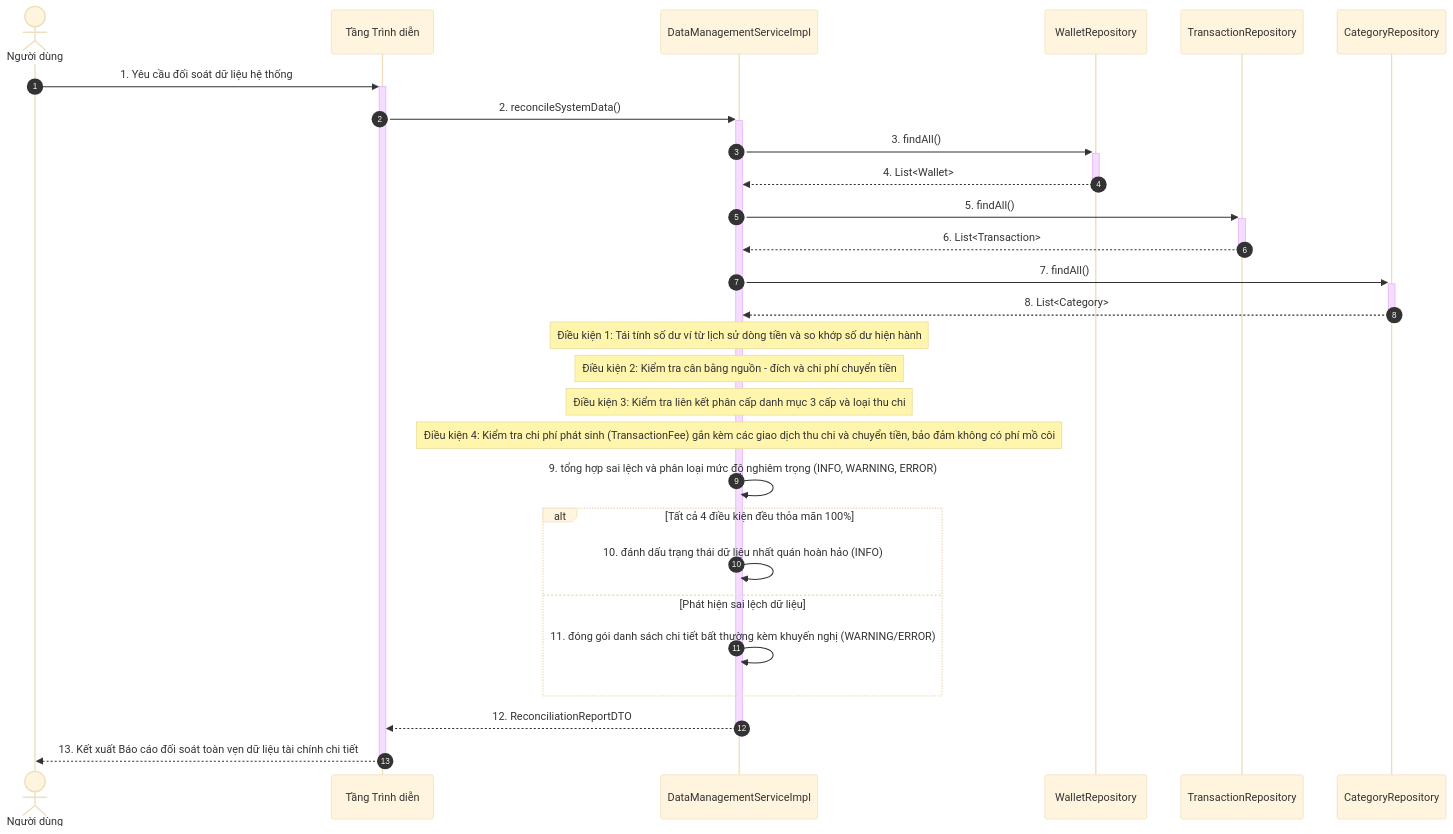
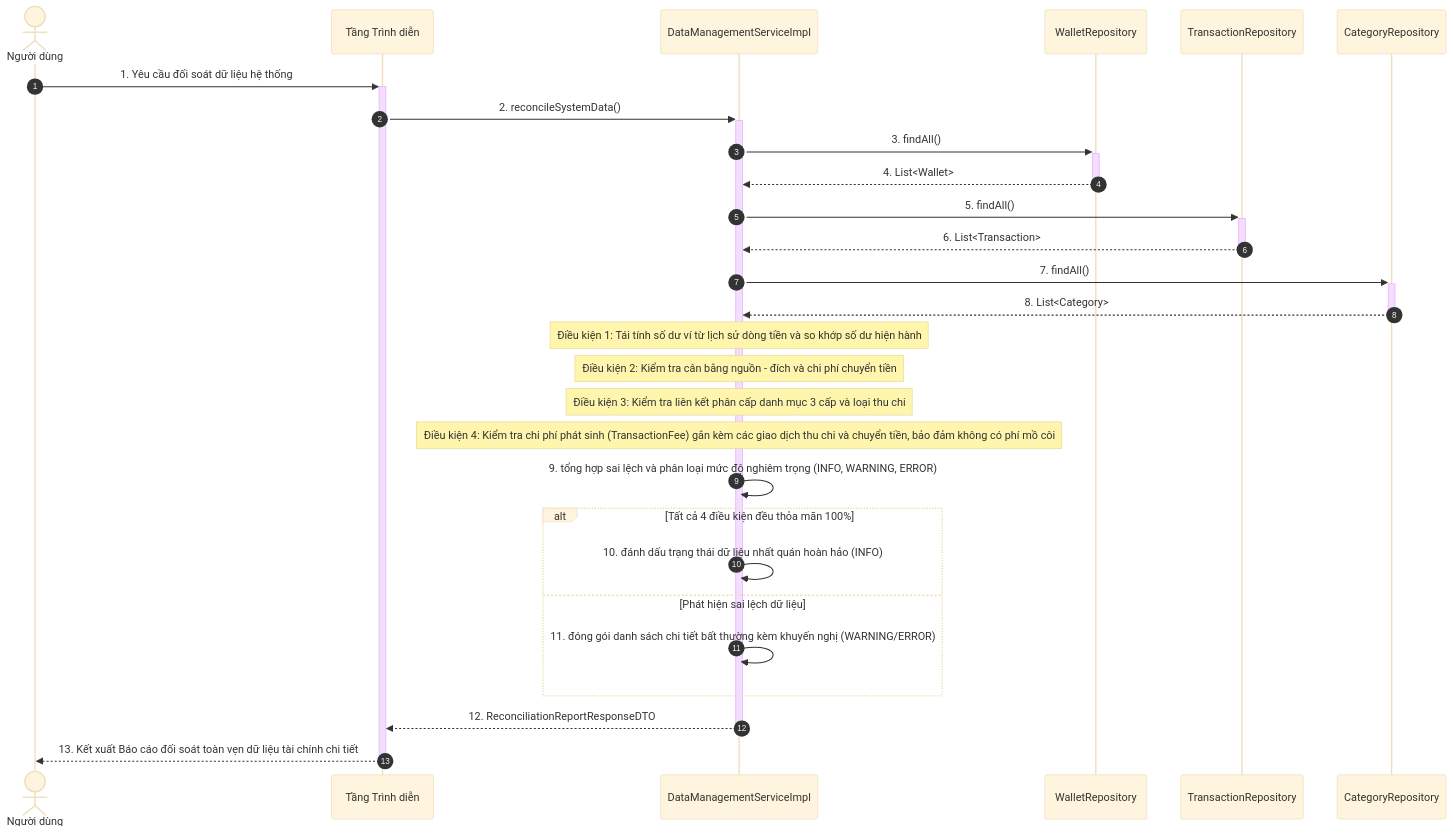
One commit to mynhleeh/pfms-oop changed diagram 21 of 21 in docs/object-oriented-design/05-so-do-tuong-tac-thiet-ke-sequence-diagram.md. Above: the diagram before and after it, drawn with Mermaid (base theme). The commit also changed other lines of this file and 3 other files, not shown here.

Commit message:
docs(ood): harmonize service contracts, sequence diagrams, and DTO specifications

````diff
--- a/docs/object-oriented-design/05-so-do-tuong-tac-thiet-ke-sequence-diagram.md
+++ b/docs/object-oriented-design/05-so-do-tuong-tac-thiet-ke-sequence-diagram.md
@@ -1150,31 +1150,31 @@
 ```mermaid
 sequenceDiagram
     autonumber
     actor User as Người dùng
     participant GUI as Tầng Trình diễn
     participant DataService as DataManagementServiceImpl
     participant WalletRepo as WalletRepository
     participant TxnRepo as TransactionRepository
     participant CategoryRepo as CategoryRepository
 
     User->>+GUI: 1. Yêu cầu đối soát dữ liệu hệ thống
     GUI->>+DataService: 2. reconcileSystemData()
     DataService->>+WalletRepo: 3. findAll()
     WalletRepo-->>-DataService: 4. List<Wallet>
     DataService->>+TxnRepo: 5. findAll()
     TxnRepo-->>-DataService: 6. List<Transaction>
     DataService->>+CategoryRepo: 7. findAll()
     CategoryRepo-->>-DataService: 8. List<Category>
     Note over DataService: Điều kiện 1: Tái tính số dư ví từ lịch sử dòng tiền và so khớp số dư hiện hành
     Note over DataService: Điều kiện 2: Kiểm tra cân bằng nguồn - đích và chi phí chuyển tiền
     Note over DataService: Điều kiện 3: Kiểm tra liên kết phân cấp danh mục 3 cấp và loại thu chi
     Note over DataService: Điều kiện 4: Kiểm tra chi phí phát sinh (TransactionFee) gắn kèm các giao dịch thu chi và chuyển tiền, bảo đảm không có phí mồ côi
     DataService->>DataService: 9. tổng hợp sai lệch và phân loại mức độ nghiêm trọng (INFO, WARNING, ERROR)
     alt Tất cả 4 điều kiện đều thỏa mãn 100%
         DataService->>DataService: 10. đánh dấu trạng thái dữ liệu nhất quán hoàn hảo (INFO)
     else Phát hiện sai lệch dữ liệu
         DataService->>DataService: 11. đóng gói danh sách chi tiết bất thường kèm khuyến nghị (WARNING/ERROR)
     end
-    DataService-->>-GUI: 12. ReconciliationReportDTO
+    DataService-->>-GUI: 12. ReconciliationReportResponseDTO
     GUI-->>-User: 13. Kết xuất Báo cáo đối soát toàn vẹn dữ liệu tài chính chi tiết
 ```
````
